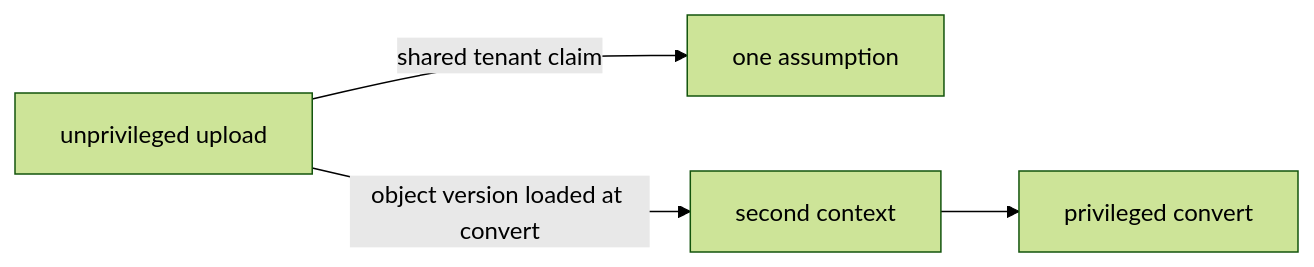
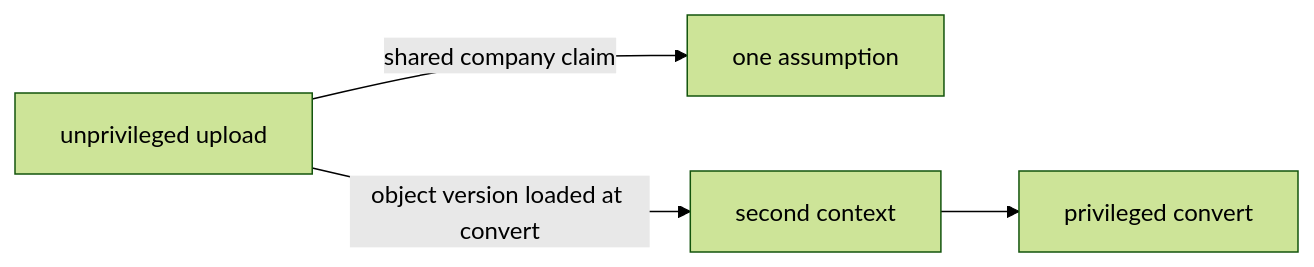
The diagram in content/modules/1/1.3/lessons/07-transfer.md (ishitvagoel/LearnSecurity), drawn with Mermaid (forest theme) before and after one commit. The commit also changed other lines of this file and 44 other files, not shown here.

````diff
--- a/content/modules/1/1.3/lessons/07-transfer.md
+++ b/content/modules/1/1.3/lessons/07-transfer.md
@@ -32,8 +33,8 @@
 ```mermaid
 flowchart LR
-  upload["unprivileged upload"]
-  convert["privileged convert"]
-  upload -->|"shared tenant claim"| collapse["one assumption"]
-  upload -->|"object version loaded at convert"| indep["second context"]
+  upload[unprivileged upload]
+  convert[privileged convert]
+  upload -->|shared company claim| collapse[one assumption]
+  upload -->|object version loaded at convert| indep[second context]
   indep --> convert
 ```
````
